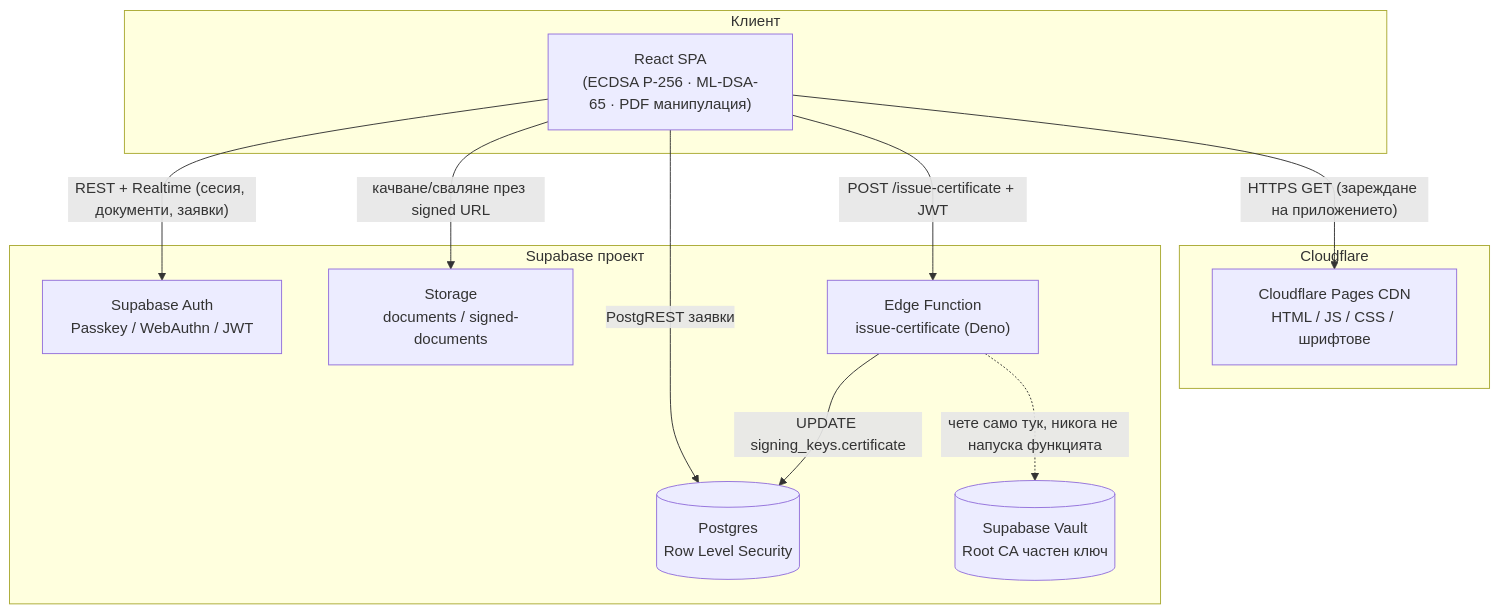
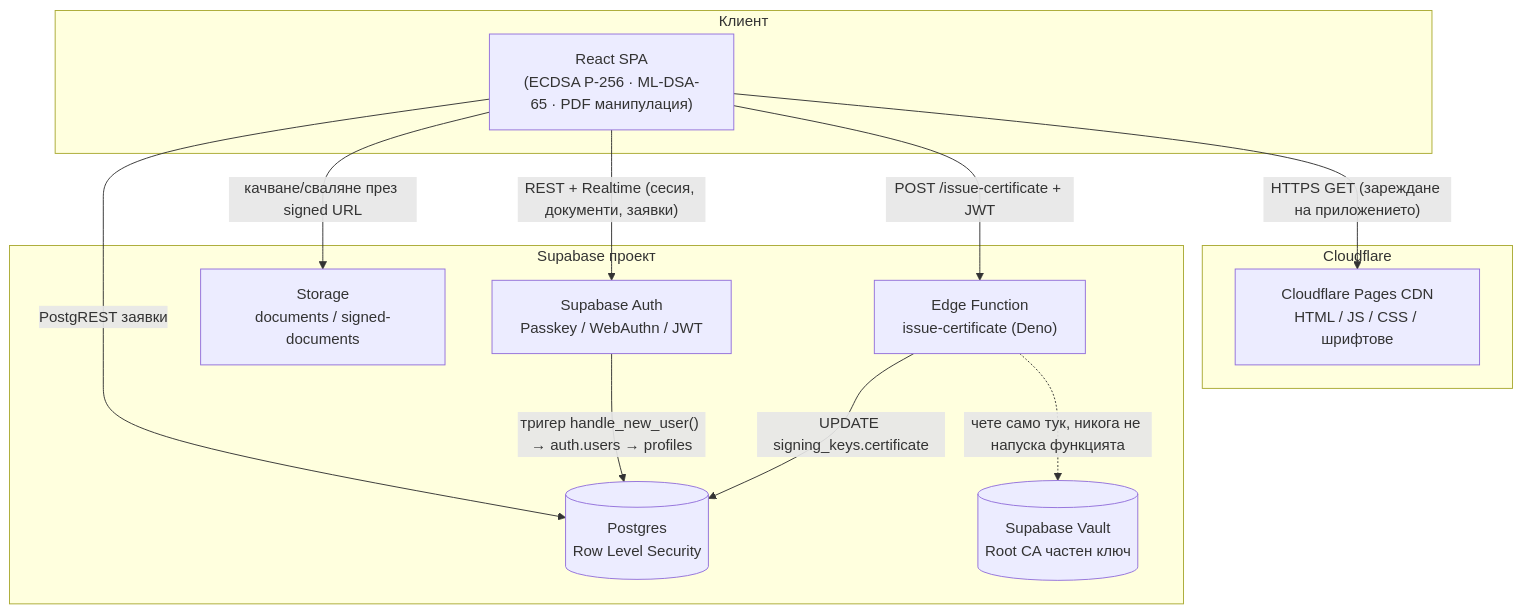
One commit to diyordanov/psiholog changed the first of 7 diagrams in docs/kursova/05-arhitektura.md. Above: the diagram before and after it, drawn with Mermaid. The commit also changed other lines of this file and 4 other files, not shown here.

````diff
--- a/docs/kursova/05-arhitektura.md
+++ b/docs/kursova/05-arhitektura.md
@@ -18,26 +18,27 @@
 ```mermaid
 flowchart TB
     subgraph Client["Клиент"]
         SPA["React SPA<br/>(ECDSA P-256 · ML-DSA-65 · PDF манипулация)"]
     end
 
     subgraph CF["Cloudflare"]
         CDN["Cloudflare Pages CDN<br/>HTML / JS / CSS / шрифтове"]
     end
 
     subgraph SB["Supabase проект"]
         Auth["Supabase Auth<br/>Passkey / WebAuthn / JWT"]
         DB[("Postgres<br/>Row Level Security")]
         Storage["Storage<br/>documents / signed-documents"]
         EF["Edge Function<br/>issue-certificate (Deno)"]
         Vault[("Supabase Vault<br/>Root CA частен ключ")]
     end
 
     SPA -- "HTTPS GET (зареждане на приложението)" --> CDN
     SPA -- "REST + Realtime (сесия, документи, заявки)" --> Auth
     SPA -- "PostgREST заявки" --> DB
     SPA -- "качване/сваляне през signed URL" --> Storage
     SPA -- "POST /issue-certificate + JWT" --> EF
+    Auth -- "тригер handle_new_user() → auth.users → profiles" --> DB
     EF -- "UPDATE signing_keys.certificate" --> DB
     EF -. "чете само тук, никога не напуска функцията" .-> Vault
 ```
````
